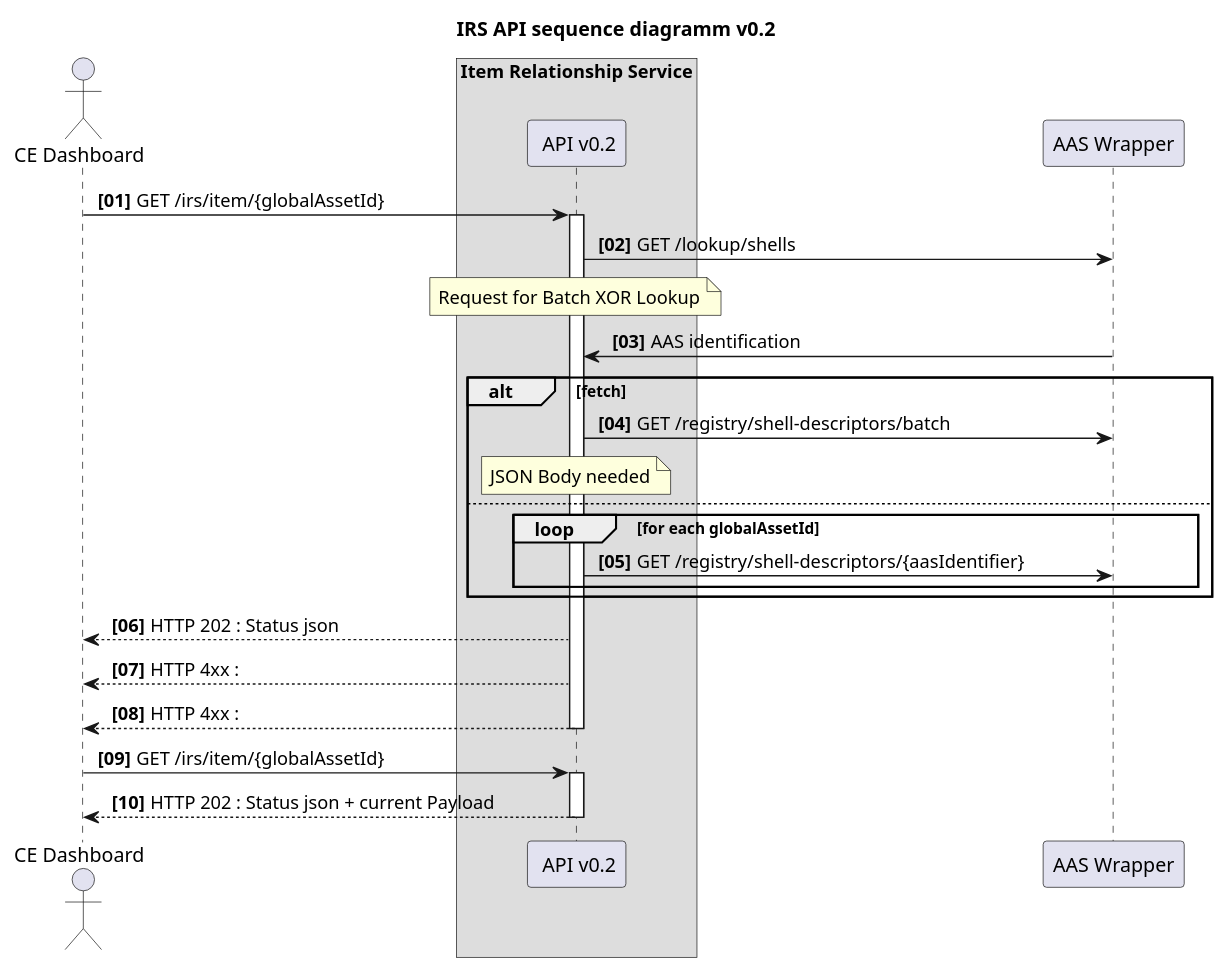
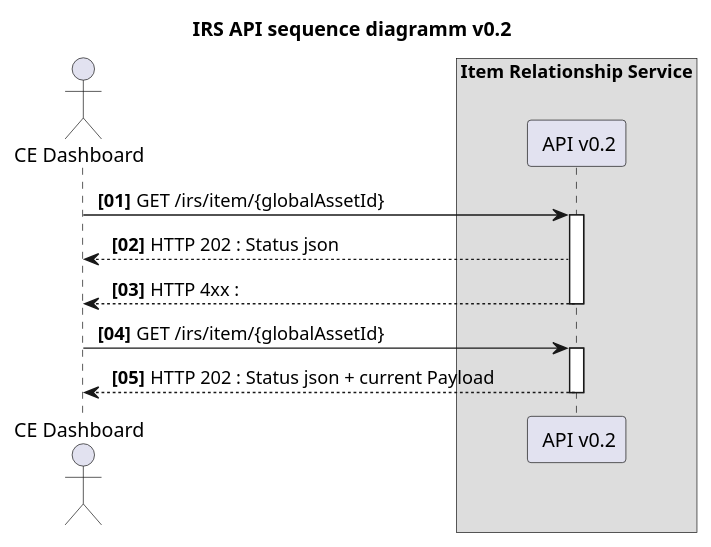
One commit to eclipse-tractusx/item-relationship-service changed the diagram in uml-diagramms/api-v0.2-sequence.puml. Above: the diagram before and after it, drawn with PlantUML.

```diff
--- a/uml-diagramms/api-v0.2-sequence.puml
+++ b/uml-diagramms/api-v0.2-sequence.puml
@@ -1,54 +1,27 @@
 @startuml
 title IRS API sequence diagramm v0.2
 
 actor CE as "CE Dashboard"
 
 box Item Relationship Service
 participant IRS_API as " API v0.2"
 end box
 
-participant AAS_W as "AAS Wrapper"
-
-' box Catena-X Network
-' participant AAS_R as "AAS Registry"
-' end box
 
 autonumber "<b> [00]"
 
 CE -> IRS_API: GET /irs/item/{globalAssetId}
 activate IRS_API
-IRS_API -> AAS_W: GET /lookup/shells
-
-note over IRS_API
-Request for Batch XOR Lookup
-end note
-
-AAS_W -> IRS_API: AAS identification
-
-alt fetch
-IRS_API -> AAS_W: GET /registry/shell-descriptors/batch
-note over IRS_API
-JSON Body needed
-end note
-
-else 
-
-loop for each globalAssetId
-IRS_API -> AAS_W: GET /registry/shell-descriptors/{aasIdentifier}
-end
-end
-
 
 IRS_API --> CE: HTTP 202 : Status json
-IRS_API --> CE: HTTP 4xx : 
 IRS_API --> CE: HTTP 4xx : 
 deactivate IRS_API
 
 
 CE -> IRS_API: GET /irs/item/{globalAssetId}
 activate IRS_API
 IRS_API --> CE: HTTP 202 : Status json + current Payload
 
 deactivate IRS_API
 
 @enduml
```
